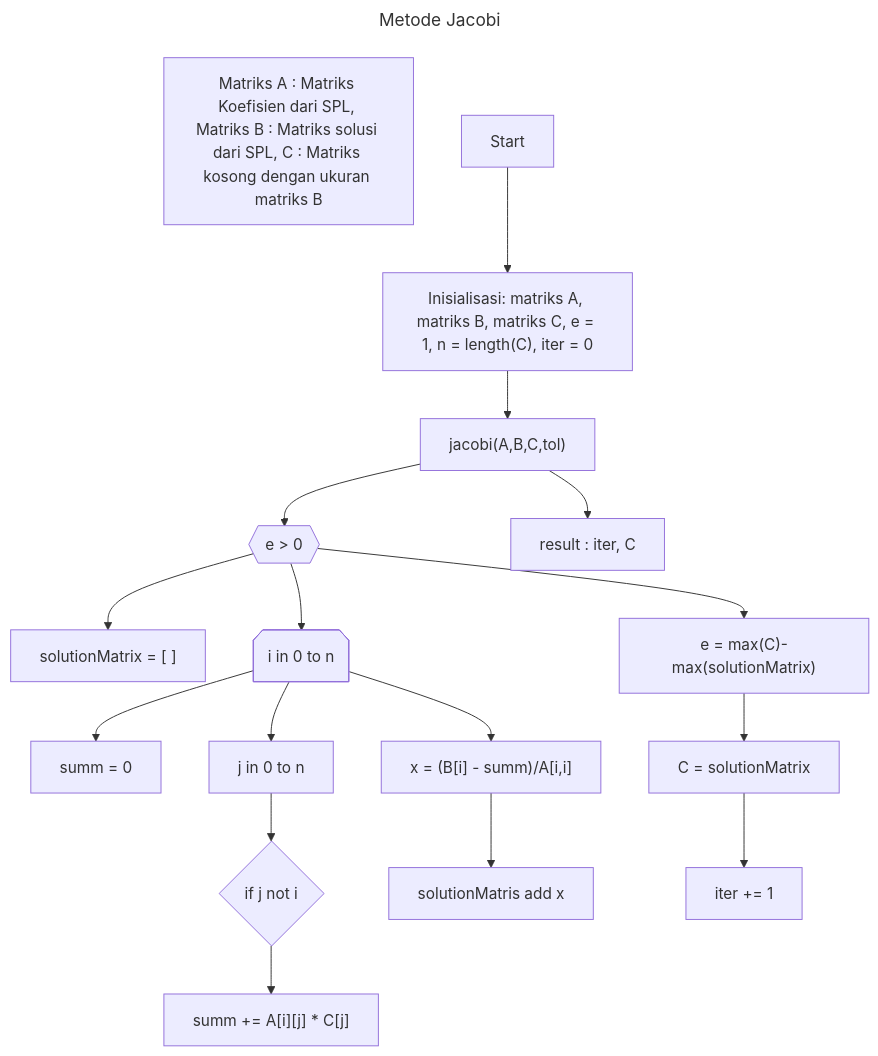
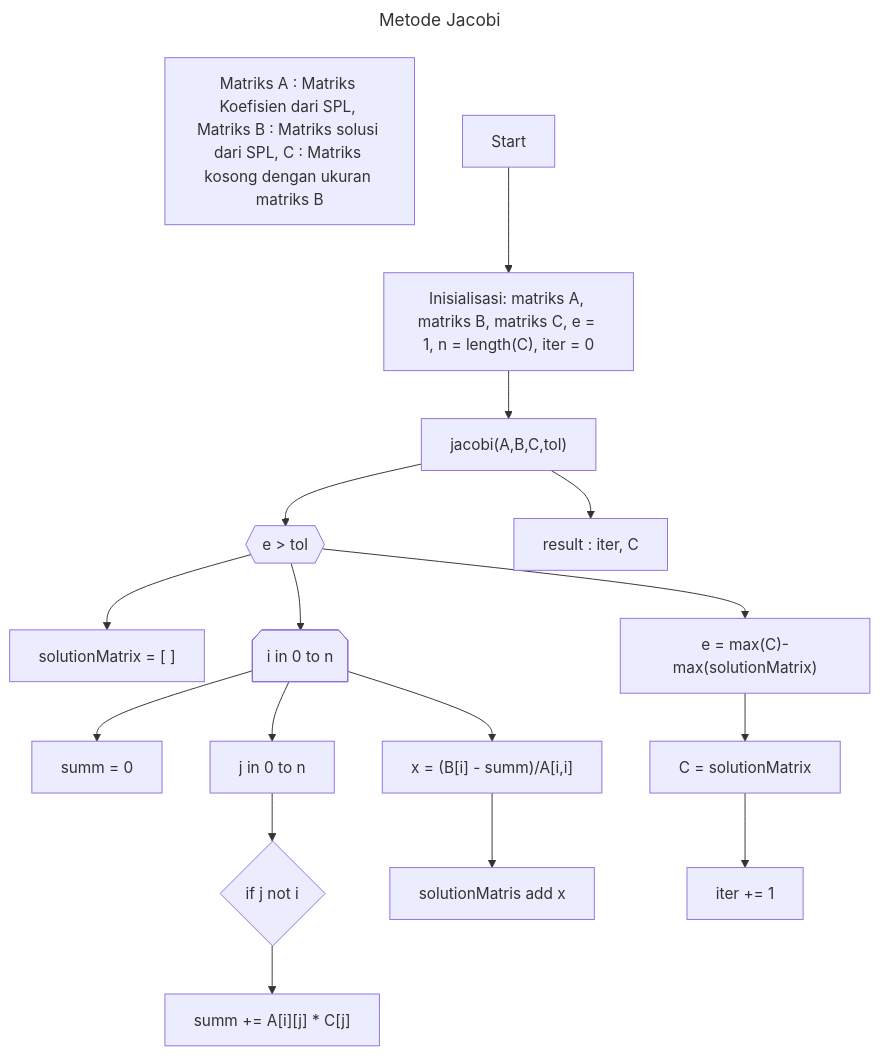
One commit to aslabkomfis/Komputasi-Numerik-24-25 changed the diagram in Modul-3/metode-jacobi.mmd. Above: the diagram before and after it, drawn with Mermaid.

```diff
--- a/Modul-3/metode-jacobi.mmd
+++ b/Modul-3/metode-jacobi.mmd
@@ -1,21 +1,21 @@
 ---
 title: Metode Jacobi    
 ---
 
 flowchart TD;
     Z["Matriks A : Matriks Koefisien dari SPL, Matriks B : Matriks solusi dari SPL, C : Matriks kosong dengan ukuran matriks B"]
     A[Start] --> B["Inisialisasi: matriks A, matriks B, matriks C, e = 1, n = length(C), iter = 0"] 
     B --> X["jacobi(A,B,C,tol)"]
-    X --> C{{"e > 0"}}
+    X --> C{{"e > tol"}}
     C --> D["solutionMatrix = [ ]"]
     C --> F@{shape: notch-pent, label: "i in 0 to n"}
     F --> G["summ = 0"]
     F --> H["j in 0 to n"]
     H --> I{"if j not i"}
     I --> J["summ += A[i][j] * C[j]"]
     F --> K["x = (B[i] - summ)/A[i,i]"]
     K --> L["solutionMatris add x"]
     C --> M["e = max(C)-max(solutionMatrix)"]
     M --> N["C = solutionMatrix"]
     N --> O["iter += 1"]
     X --> P["result : iter, C"]
```
